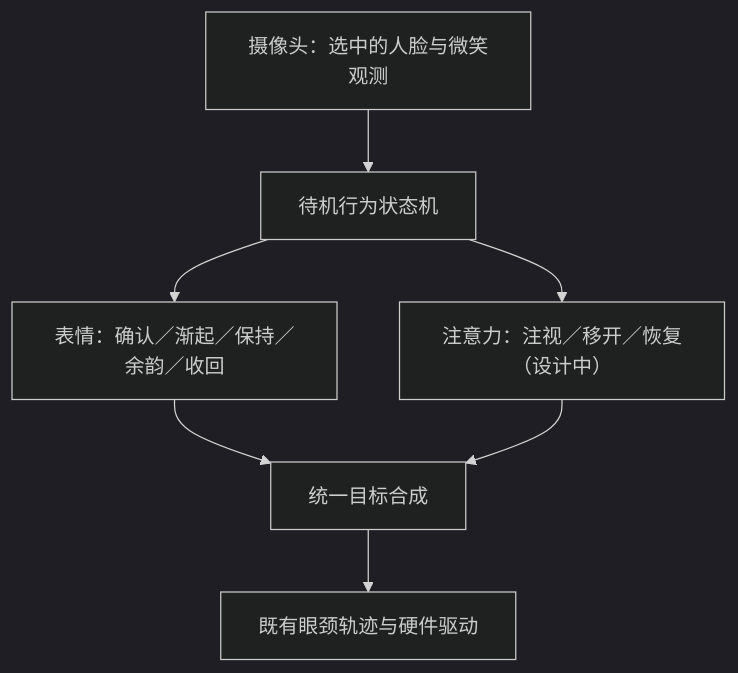
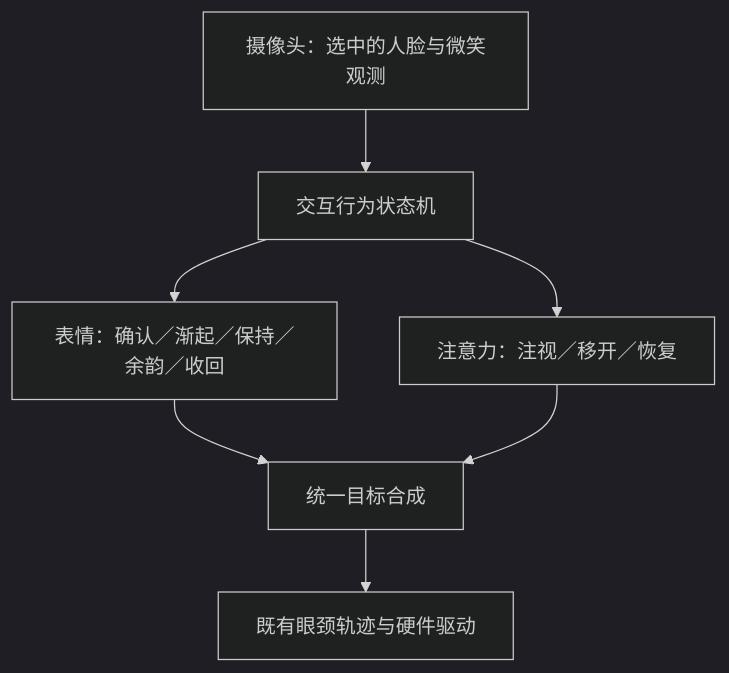
Before and after one commit to adniyanuo-ui/Vivis: the diagram in docs/developer/STANDBY_BEHAVIOR.md, drawn with Mermaid (dark theme). The commit also changed other lines of this file and 32 other files, not shown here.

````diff
--- a/docs/developer/STANDBY_BEHAVIOR.md
+++ b/docs/developer/STANDBY_BEHAVIOR.md
@@ -7,9 +7,9 @@
 ```mermaid
 flowchart TD
-    P["摄像头：选中的人脸与微笑观测"] --> B["待机行为状态机"]
+    P["摄像头：选中的人脸与微笑观测"] --> B["交互行为状态机"]
     B --> F["表情：确认／渐起／保持／余韵／收回"]
-    B --> G["注意力：注视／移开／恢复（设计中）"]
+    B --> G["注意力：注视／移开／恢复"]
     F --> C["统一目标合成"]
     G --> C
     C --> R["既有眼颈轨迹与硬件驱动"]
 ```
````
